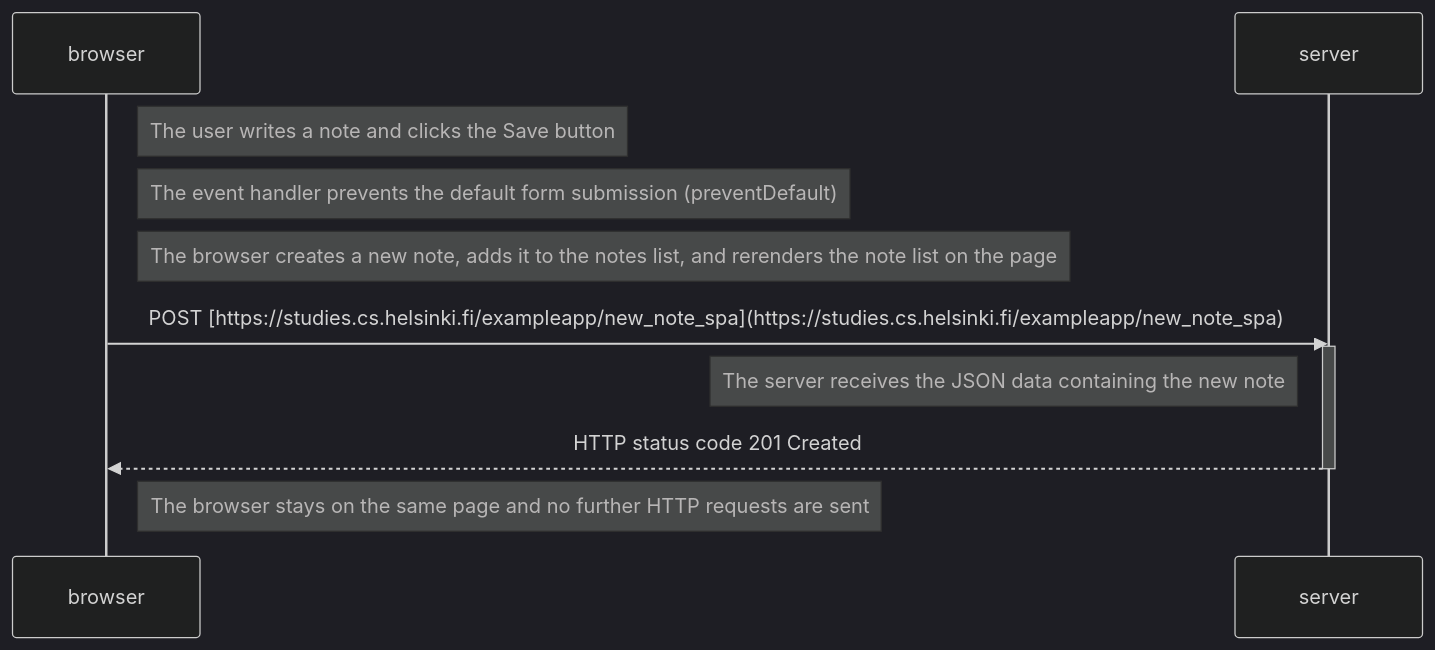
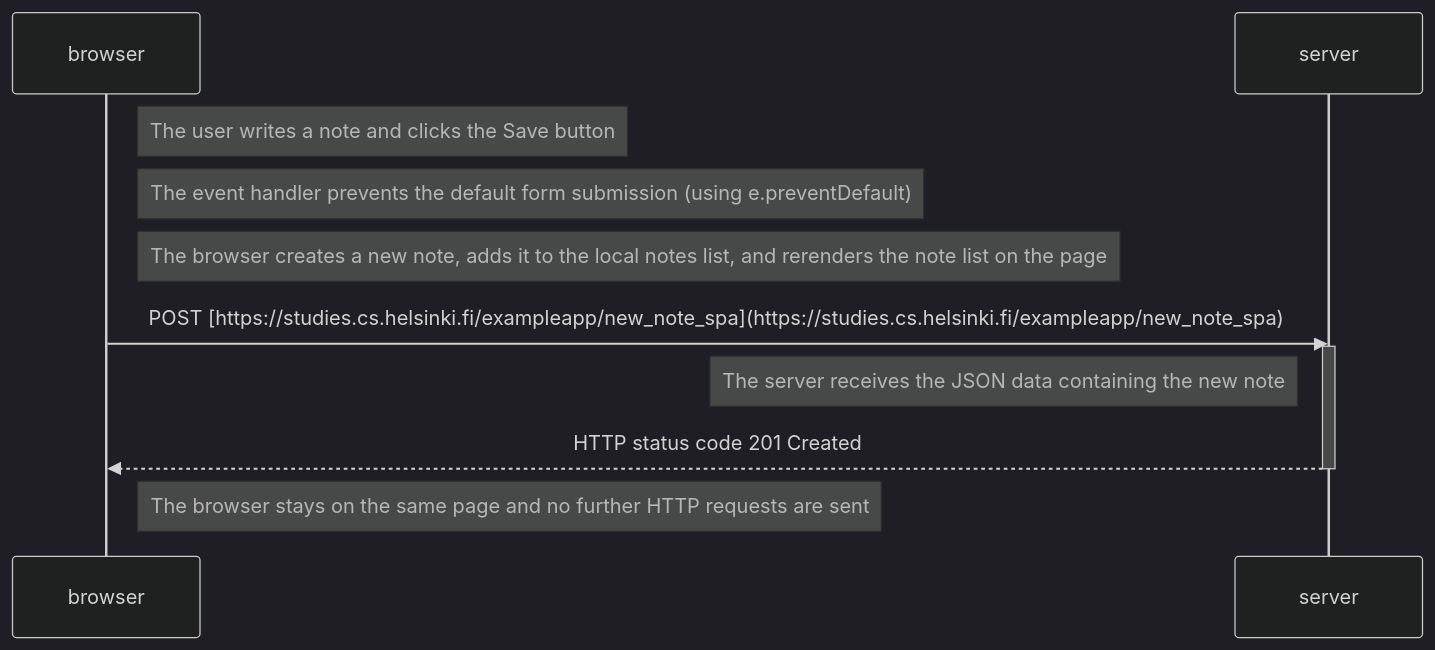
The diagram in part0/ex6.md (baokimho/Full-Stack-Open-Kim), drawn with Mermaid (dark theme) before and after one commit.

Commit message:
update get data fetch

````diff
--- a/part0/ex6.md
+++ b/part0/ex6.md
@@ -1,19 +1,19 @@
 ```mermaid
 sequenceDiagram
     participant browser
     participant server
 
     Note right of browser: The user writes a note and clicks the Save button
 
-    Note right of browser: The event handler prevents the default form submission (preventDefault)
+    Note right of browser: The event handler prevents the default form submission (using e.preventDefault)
 
-    Note right of browser: The browser creates a new note, adds it to the notes list, and rerenders the note list on the page
+    Note right of browser: The browser creates a new note, adds it to the local notes list, and rerenders the note list on the page
 
     browser->>server: POST [https://studies.cs.helsinki.fi/exampleapp/new_note_spa](https://studies.cs.helsinki.fi/exampleapp/new_note_spa)
     activate server
     Note left of server: The server receives the JSON data containing the new note
     server-->>browser: HTTP status code 201 Created
     deactivate server
 
     Note right of browser: The browser stays on the same page and no further HTTP requests are sent
 ```
````
